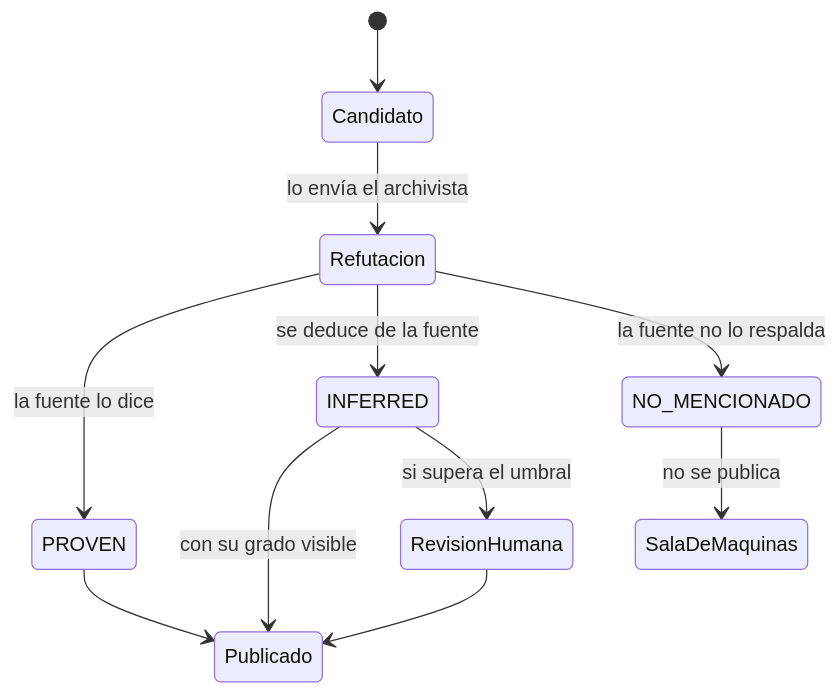
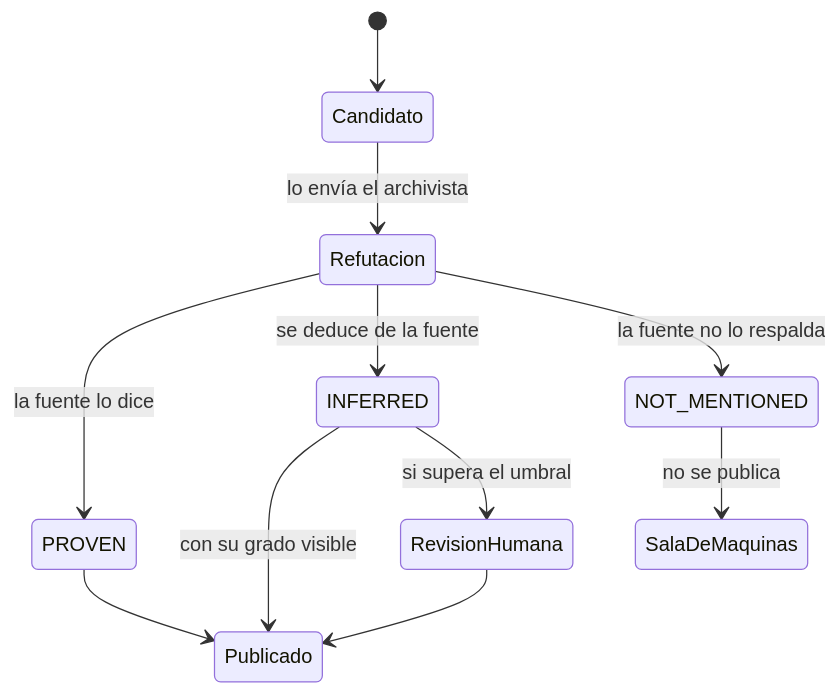
The diagram in adrs/0004-grados-de-evidencia.md (andresdiegolanda/el-parte), drawn with Mermaid before and after one commit. The commit also changed other lines of this file and 19 other files, not shown here.

````diff
--- a/adrs/0004-grados-de-evidencia.md
+++ b/adrs/0004-grados-de-evidencia.md
@@ -24,13 +24,13 @@
 ```mermaid
 stateDiagram-v2
     [*] --> Candidato
     Candidato --> Refutacion: lo envía el archivista
     Refutacion --> PROVEN: la fuente lo dice
     Refutacion --> INFERRED: se deduce de la fuente
-    Refutacion --> NO_MENCIONADO: la fuente no lo respalda
+    Refutacion --> NOT_MENTIONED: la fuente no lo respalda
     PROVEN --> Publicado
     INFERRED --> Publicado: con su grado visible
     INFERRED --> RevisionHumana: si supera el umbral
-    NO_MENCIONADO --> SalaDeMaquinas: no se publica
+    NOT_MENTIONED --> SalaDeMaquinas: no se publica
     RevisionHumana --> Publicado
 ```
````
